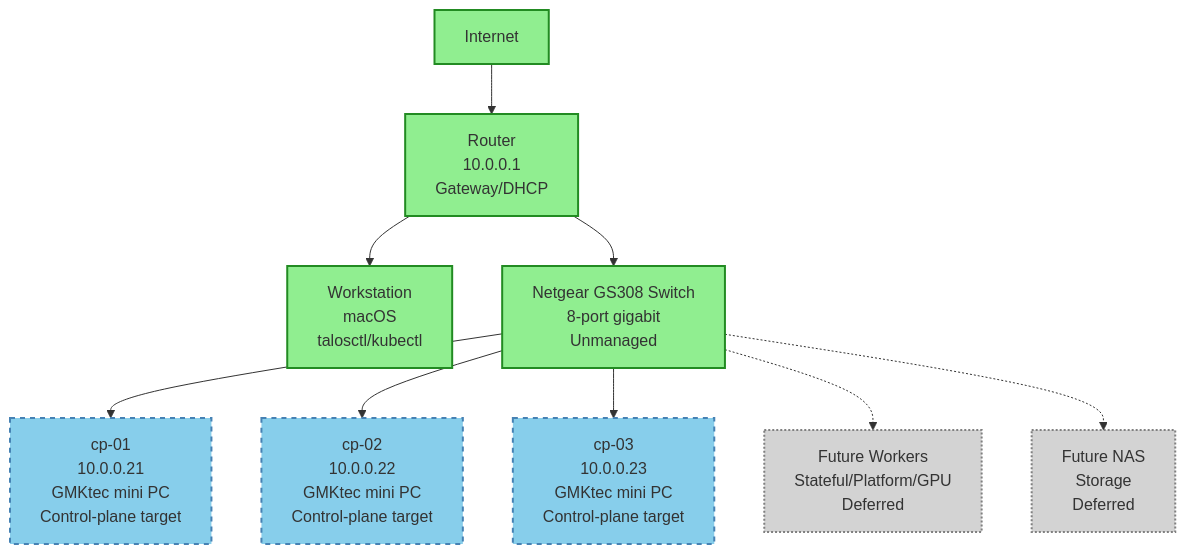
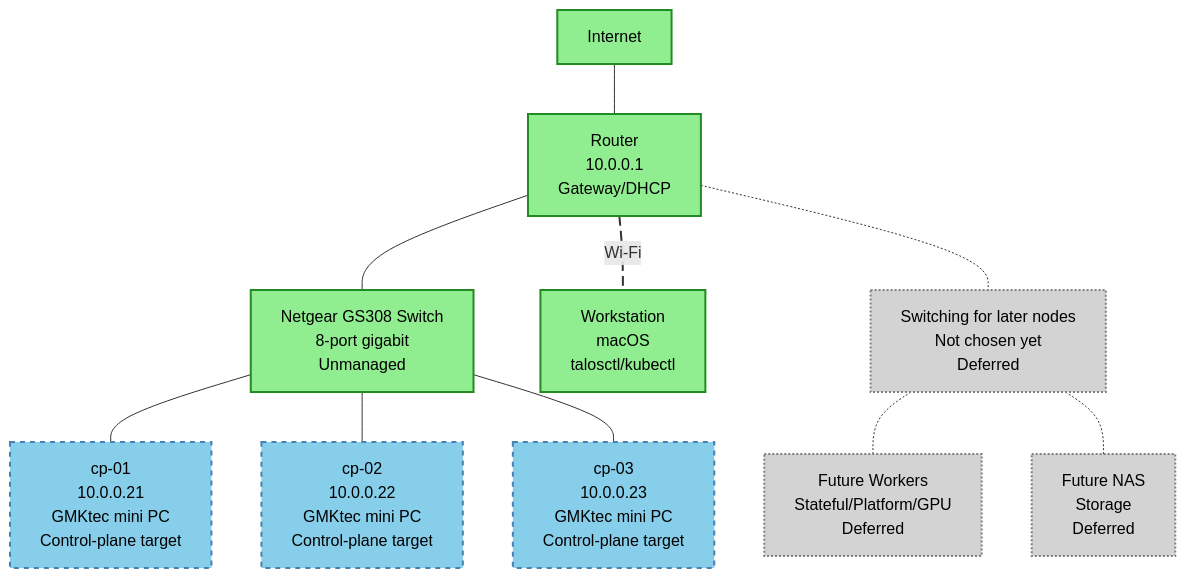
Before and after one commit to Okja-Engineering/home-lab: the diagram in diagrams/physical-topology.md, drawn with Mermaid. The commit also changed other lines of this file and 2 other files, not shown here.

````diff
--- a/diagrams/physical-topology.md
+++ b/diagrams/physical-topology.md
@@ -11,29 +19,34 @@
 ```mermaid
 graph TB
     Internet[Internet]
     Router[Router<br/>10.0.0.1<br/>Gateway/DHCP]
+    Switch[Netgear GS308 Switch<br/>8-port gigabit<br/>Unmanaged]
     Workstation[Workstation<br/>macOS<br/>talosctl/kubectl]
-    Switch[Netgear GS308 Switch<br/>8-port gigabit<br/>Unmanaged]
     cp01[cp-01<br/>10.0.0.21<br/>GMKtec mini PC<br/>Control-plane target]
     cp02[cp-02<br/>10.0.0.22<br/>GMKtec mini PC<br/>Control-plane target]
     cp03[cp-03<br/>10.0.0.23<br/>GMKtec mini PC<br/>Control-plane target]
+    FutureSwitching[Switching for later nodes<br/>Not chosen yet<br/>Deferred]
     FutureWorkers[Future Workers<br/>Stateful/Platform/GPU<br/>Deferred]
     FutureNAS[Future NAS<br/>Storage<br/>Deferred]
 
-    Internet --> Router
-    Router --> Workstation
-    Router --> Switch
-    Switch --> cp01
-    Switch --> cp02
-    Switch --> cp03
-    Switch -.-> FutureWorkers
-    Switch -.-> FutureNAS
+    Internet --- Router
+    Router --- Switch
+    Router ---|Wi-Fi| Workstation
+    Switch --- cp01
+    Switch --- cp02
+    Switch --- cp03
+    Router -.- FutureSwitching
+    FutureSwitching -.- FutureWorkers
+    FutureSwitching -.- FutureNAS
 
-    classDef current fill:#90EE90,stroke:#228B22,stroke-width:2px
-    classDef target fill:#87CEEB,stroke:#4682B4,stroke-width:2px,stroke-dasharray: 5 5
-    classDef future fill:#D3D3D3,stroke:#808080,stroke-width:2px,stroke-dasharray: 2 2
+    %% Links are numbered from 0 in the order written above: link 2 is the Wi-Fi link
+    linkStyle 2 stroke-dasharray: 10 5,stroke-width:2px
 
-    class Internet,Router,Workstation,Switch current
+    classDef current fill:#90EE90,stroke:#228B22,stroke-width:2px,color:#000
+    classDef target fill:#87CEEB,stroke:#4682B4,stroke-width:2px,stroke-dasharray: 5 5,color:#000
+    classDef future fill:#D3D3D3,stroke:#808080,stroke-width:2px,stroke-dasharray: 2 2,color:#000
+
+    class Internet,Router,Switch,Workstation current
     class cp01,cp02,cp03 target
-    class FutureWorkers,FutureNAS future
+    class FutureSwitching,FutureWorkers,FutureNAS future
 ```
````
